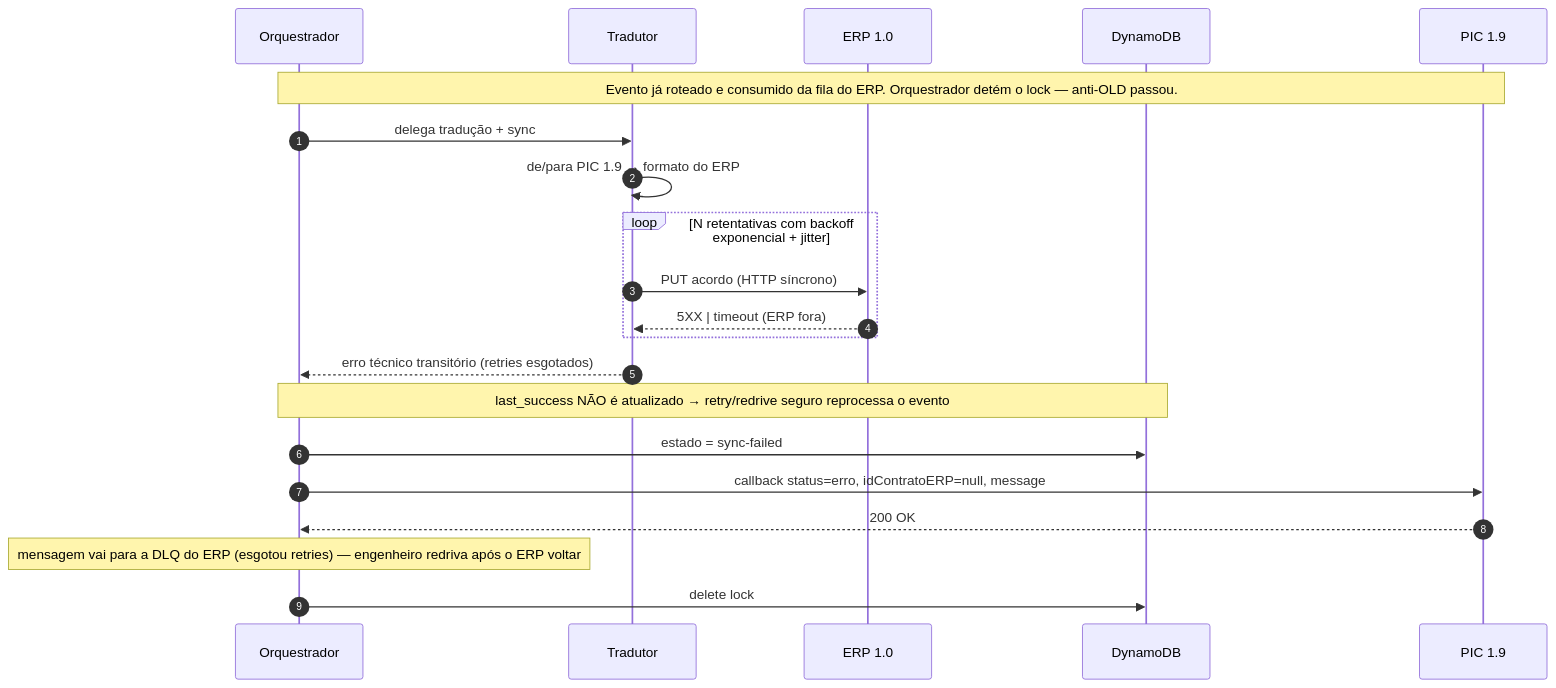
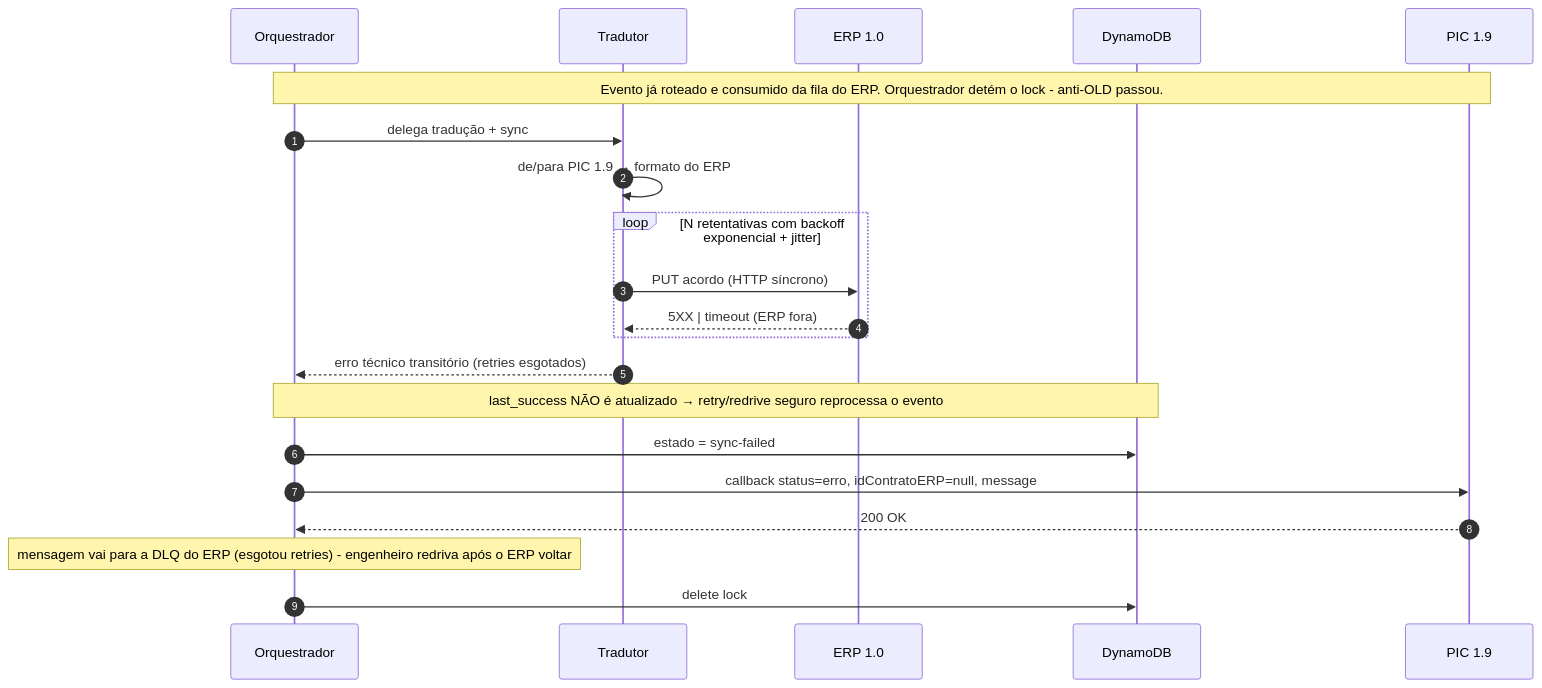
The third of 6 diagrams in configs/ai-docs/claude/skills/design-docs/references/example-good-hld.md (brunogsa/unix-utils), drawn with Mermaid before and after one commit. The commit also changed other lines of this file and 350 other files, not shown here.

````diff
--- a/configs/ai-docs/claude/skills/design-docs/references/example-good-hld.md
+++ b/configs/ai-docs/claude/skills/design-docs/references/example-good-hld.md
@@ -803,24 +803,24 @@
 ```mermaid
 sequenceDiagram
   autonumber
   participant ORQ as Orquestrador
   participant TR as Tradutor
   participant ERP as ERP 1.0
   participant DDB as DynamoDB
   participant PIC as PIC 1.9
 
-  Note over ORQ,PIC: Evento já roteado e consumido da fila do ERP. Orquestrador detém o lock — anti-OLD passou.
+  Note over ORQ,PIC: Evento já roteado e consumido da fila do ERP. Orquestrador detém o lock - anti-OLD passou.
   ORQ->>TR: delega tradução + sync
   TR->>TR: de/para PIC 1.9 → formato do ERP
   loop N retentativas com backoff exponencial + jitter
     TR->>ERP: PUT acordo (HTTP síncrono)
     ERP-->>TR: 5XX | timeout (ERP fora)
   end
   TR-->>ORQ: erro técnico transitório (retries esgotados)
   Note over ORQ,DDB: last_success NÃO é atualizado → retry/redrive seguro reprocessa o evento
   ORQ->>DDB: estado = sync-failed
   ORQ->>PIC: callback status=erro, idContratoERP=null, message
   PIC-->>ORQ: 200 OK
-  Note over ORQ: mensagem vai para a DLQ do ERP (esgotou retries) — engenheiro redriva após o ERP voltar
+  Note over ORQ: mensagem vai para a DLQ do ERP (esgotou retries) - engenheiro redriva após o ERP voltar
   ORQ->>DDB: delete lock
 ```
````
